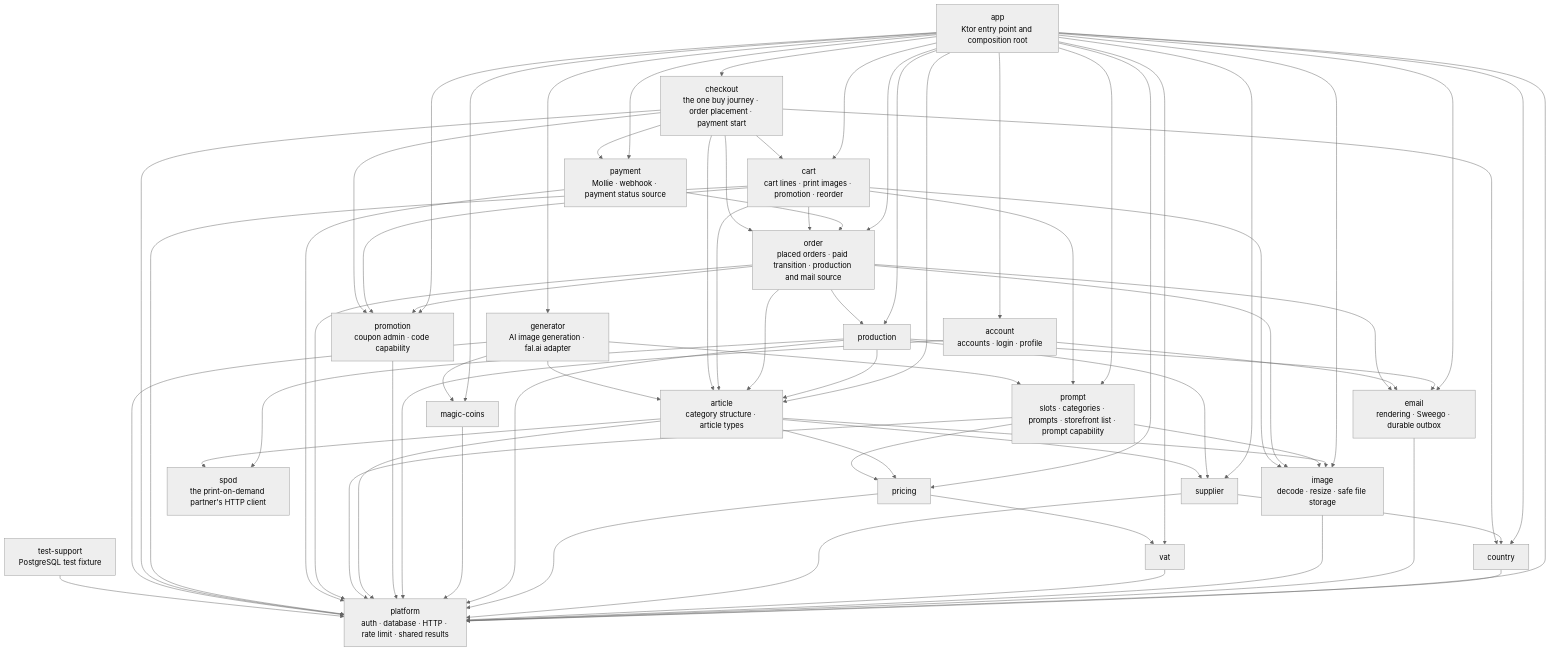
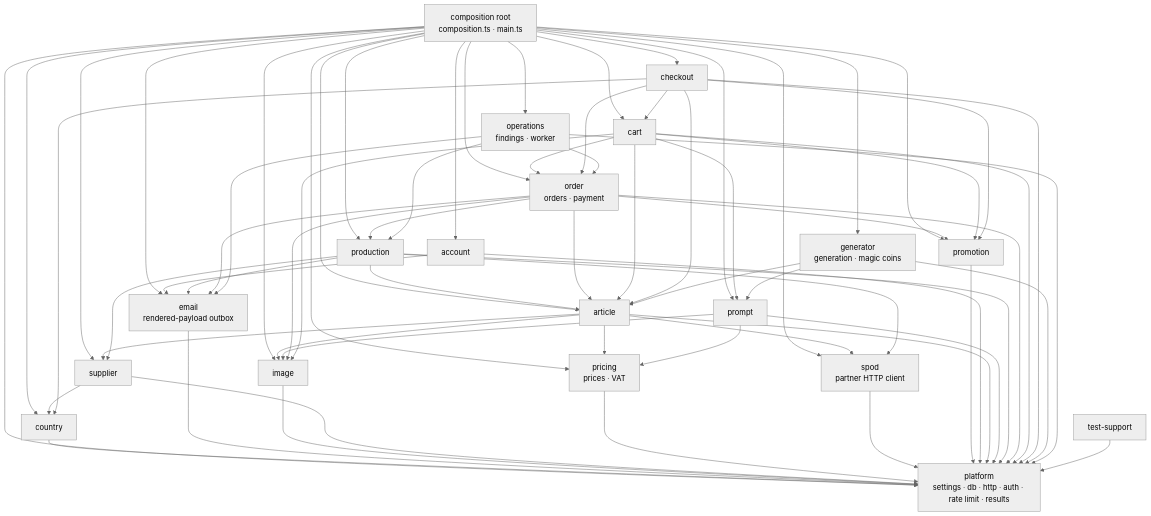
One commit to bitstorm-tech/voenix-shop-kotlin changed the diagram in docs/dev/backend/conventions/module-architecture.md. Above: the diagram before and after it, drawn with Mermaid (neutral theme). The commit also changed other lines of this file and 1061 other files, not shown here.

````diff
--- a/docs/dev/backend/conventions/module-architecture.md
+++ b/docs/dev/backend/conventions/module-architecture.md
@@ -47,62 +40,37 @@
 ```mermaid
 flowchart TD
-    App["app<br/>Ktor entry point and composition root"]
-    Platform["platform<br/>auth · database · HTTP · rate limit · shared results"]
+    Root["composition root<br/>composition.ts · main.ts"]
+    Platform["platform<br/>settings · db · http · auth · rate limit · results"]
     Country["country"]
-    Email["email<br/>rendering · Sweego · durable outbox"]
-    Image["image<br/>decode · resize · safe file storage"]
-    Vat["vat"]
+    Email["email<br/>rendered-payload outbox"]
+    Image["image"]
     Supplier["supplier"]
-    Pricing["pricing"]
-    Spod["spod<br/>the print-on-demand partner's HTTP client"]
+    Pricing["pricing<br/>prices · VAT"]
+    Spod["spod<br/>partner HTTP client"]
+    Promotion["promotion"]
+    Account["account"]
+    Article["article"]
+    Prompt["prompt"]
     Production["production"]
-    MagicCoins["magic-coins"]
-    Account["account<br/>accounts · login · profile"]
-    Promotion["promotion<br/>coupon admin · code capability"]
-    Article["article<br/>category structure · article types"]
-    Prompt["prompt<br/>slots · categories · prompts · storefront list · prompt capability"]
-    Order["order<br/>placed orders · paid transition · production and mail source"]
-    Payment["payment<br/>Mollie · webhook · payment status source"]
-    Cart["cart<br/>cart lines · print images · promotion · reorder"]
-    Checkout["checkout<br/>the one buy journey · order placement · payment start"]
-    Generator["generator<br/>AI image generation · fal.ai adapter"]
-    TestSupport["test-support<br/>PostgreSQL test fixture"]
+    Order["order<br/>orders · payment"]
+    Cart["cart"]
+    Checkout["checkout"]
+    Generator["generator<br/>generation · magic coins"]
+    Operations["operations<br/>findings · worker"]
+    TestSupport["test-support"]
 
-    App --> Platform
-    App --> Account
-    App --> Country
-    App --> Email
-    App --> Image
-    App --> Vat
-    App --> Supplier
-    App --> Pricing
-    App --> Production
-    App --> MagicCoins
-    App --> Promotion
-    App --> Article
-    App --> Prompt
-    App --> Order
-    App --> Payment
-    App --> Cart
-    App --> Checkout
-    App --> Generator
+    Root --> Platform
+    Root --> Country & Email & Image & Supplier & Pricing & Spod & Promotion & Account & Article & Prompt & Production & Order & Cart & Checkout & Generator & Operations
     Country --> Platform
     Email --> Platform
     Image --> Platform
-    Vat --> Platform
     Supplier --> Platform
     Supplier --> Country
     Pricing --> Platform
-    Pricing --> Vat
-    Production --> Platform
-    Production --> Email
-    Production --> Supplier
-    Production --> Article
-    Production --> Spod
-    MagicCoins --> Platform
+    Spod --> Platform
+    Promotion --> Platform
     Account --> Platform
     Account --> Email
-    Promotion --> Platform
     Article --> Platform
     Article --> Image
     Article --> Pricing
@@ -111,14 +79,17 @@
     Prompt --> Platform
     Prompt --> Image
     Prompt --> Pricing
+    Production --> Platform
+    Production --> Email
+    Production --> Supplier
+    Production --> Article
+    Production --> Spod
     Order --> Platform
     Order --> Image
     Order --> Article
     Order --> Promotion
     Order --> Production
     Order --> Email
-    Payment --> Platform
-    Payment --> Order
     Cart --> Platform
     Cart --> Image
     Cart --> Article
@@ -129,12 +100,14 @@
     Checkout --> Cart
     Checkout --> Promotion
     Checkout --> Order
-    Checkout --> Payment
     Checkout --> Country
     Checkout --> Article
     Generator --> Platform
     Generator --> Article
     Generator --> Prompt
-    Generator --> MagicCoins
+    Operations --> Platform
+    Operations --> Order
+    Operations --> Production
+    Operations --> Email
     TestSupport --> Platform
 ```
````
